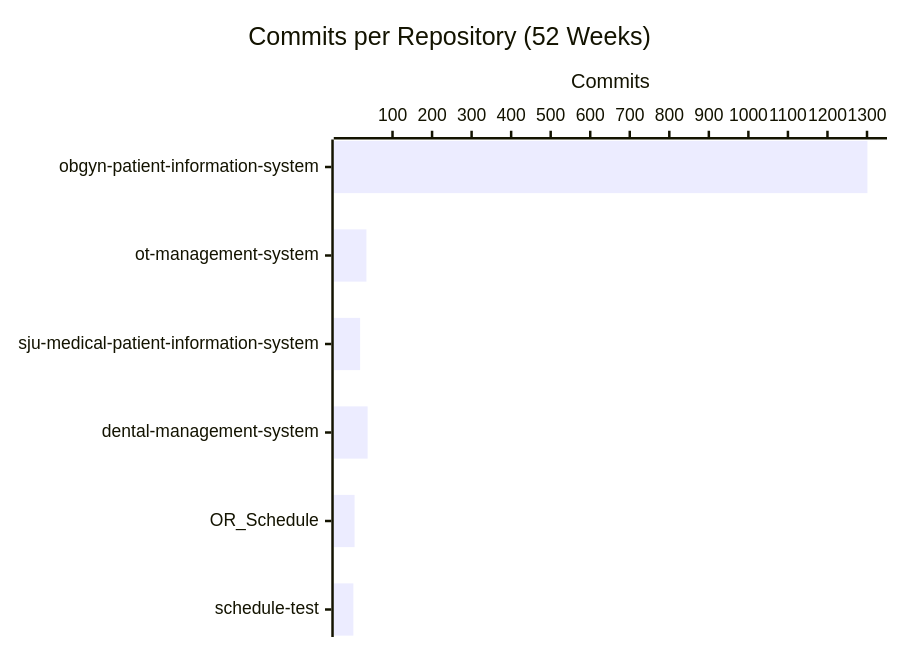
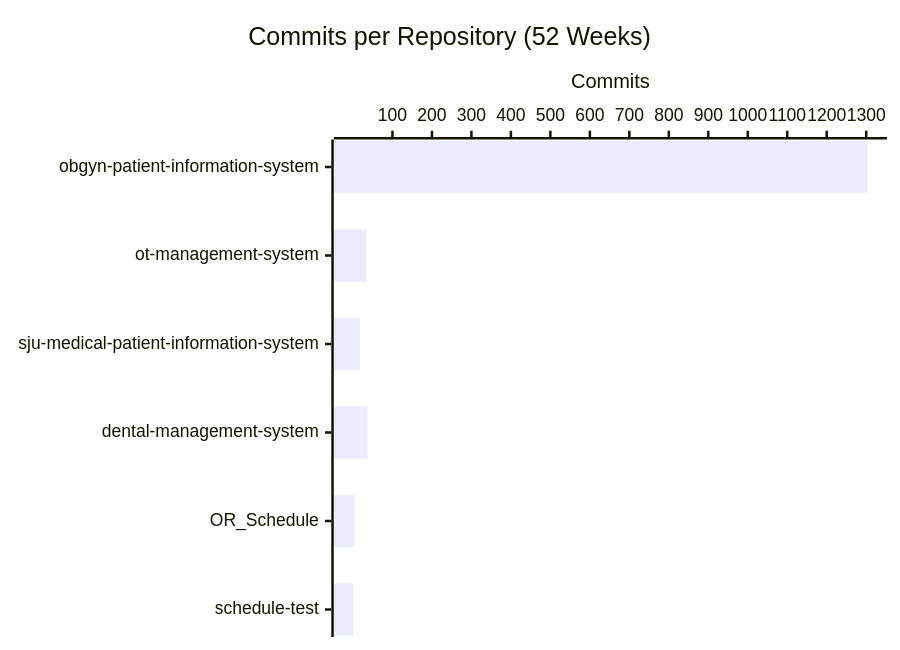
One commit to CSTH-Projects/.github changed the second of 4 diagrams in profile/README.md. Above: the diagram before and after it, drawn with Mermaid. The commit also changed other lines of this file, not shown here.

````diff
--- a/profile/README.md
+++ b/profile/README.md
@@ -24,7 +24,7 @@
 ```mermaid
 xychart-beta horizontal
     title "Commits per Repository (52 Weeks)"
     x-axis ["obgyn-patient-information-system", "ot-management-system", "sju-medical-patient-information-system", "dental-management-system", "OR_Schedule", "schedule-test"]
     y-axis "Commits"
-    bar [1301, 34, 18, 37, 4, 1]
+    bar [1303, 34, 18, 37, 4, 1]
 ```
````
